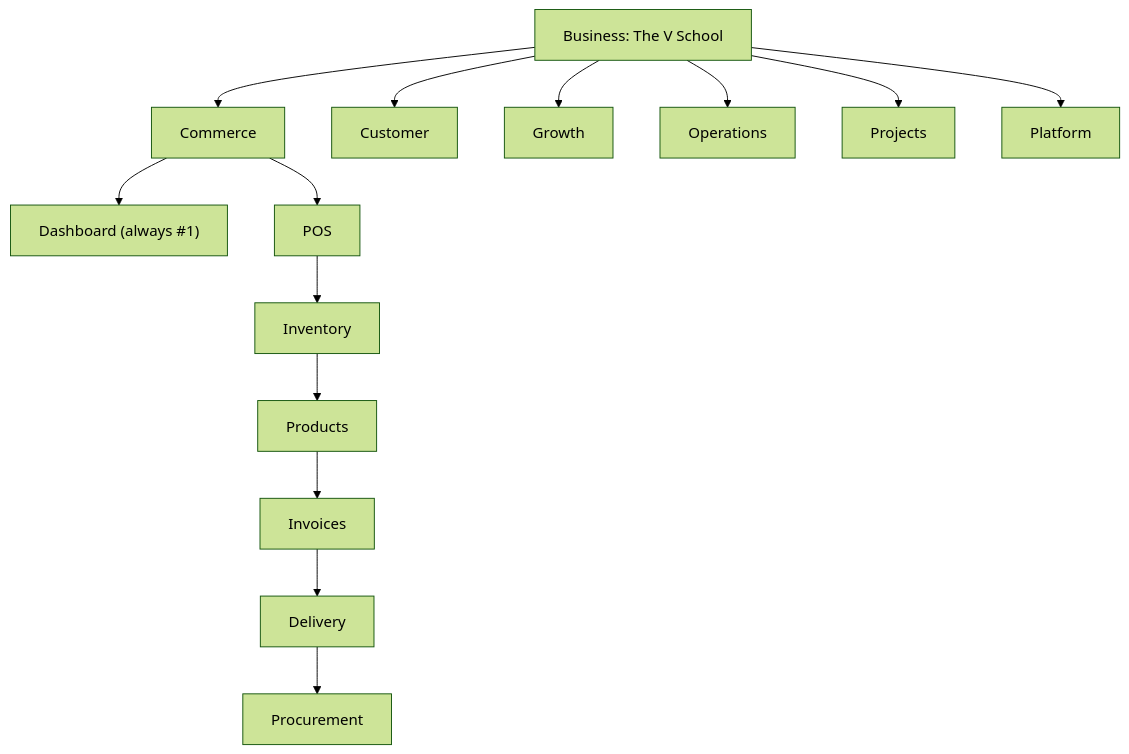
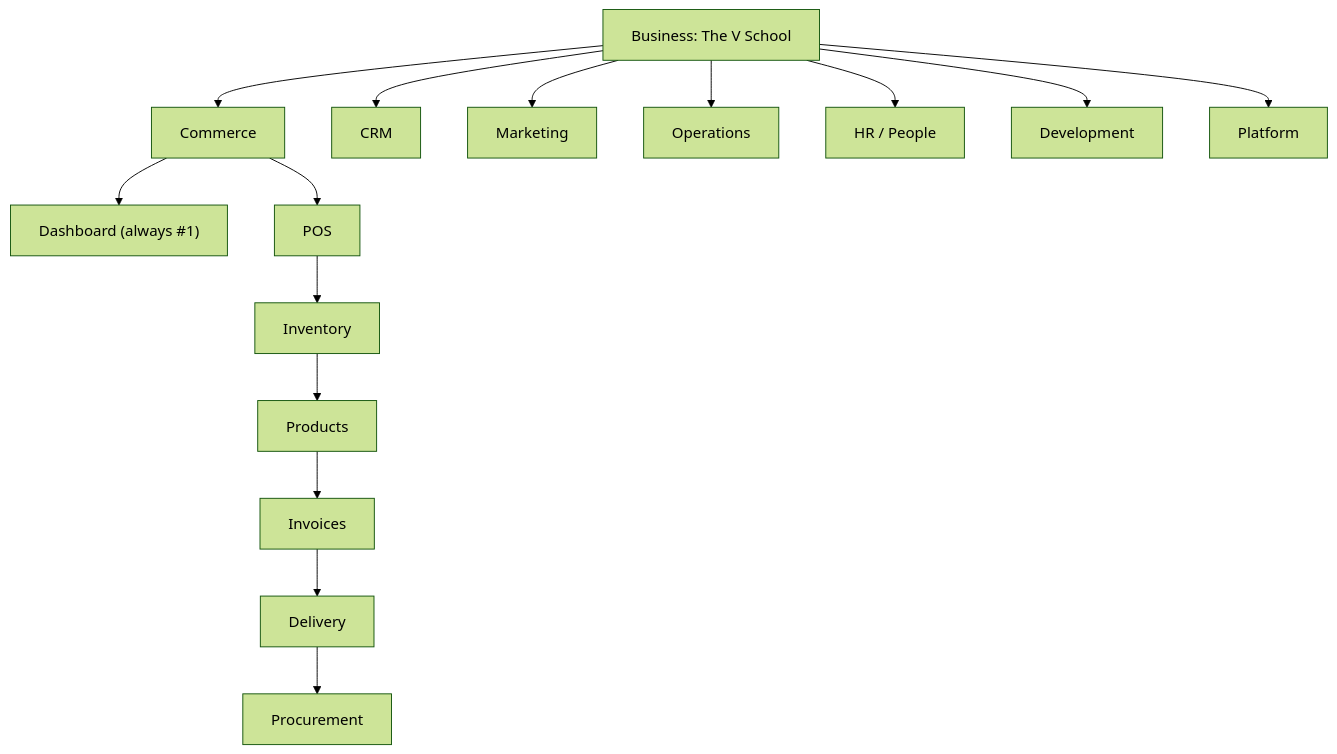
One commit to Freshair129/zuri.ai changed the diagram in docs/SITEMAP-V2-DOMAIN-NAV.md. Above: the diagram before and after it, drawn with Mermaid (forest theme). The commit also changed other lines of this file and 161 other files, not shown here.

````diff
--- a/docs/SITEMAP-V2-DOMAIN-NAV.md
+++ b/docs/SITEMAP-V2-DOMAIN-NAV.md
@@ -61,11 +64,12 @@
 ```mermaid
 flowchart TD
   B[Business: The V School] --> D1[Commerce]
-  B --> D2[Customer]
-  B --> D3[Growth]
+  B --> D2[CRM]
+  B --> D3[Marketing]
   B --> D4[Operations]
-  B --> D5[Projects]
-  B --> D6[Platform]
+  B --> D5[HR / People]
+  B --> D6[Development]
+  B --> D7[Platform]
   D1 --> C0["Dashboard (always #1)"]
   D1 --> C1[POS] --> C2[Inventory] --> C3[Products] --> C4[Invoices] --> C5[Delivery] --> C6[Procurement]
 ```
````
